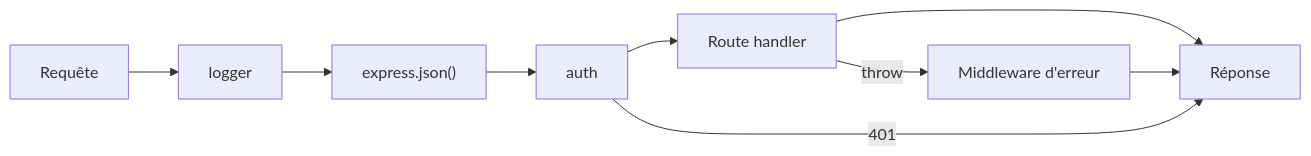
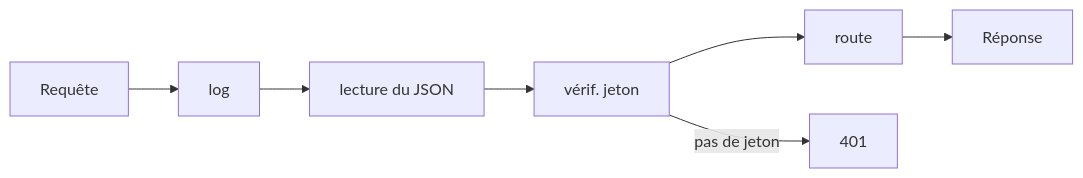
The diagram in 07-Frameworks/Backend/Node/NODE-02-Express-Middleware.md (galsen-76/Informatique-), drawn with Mermaid before and after one commit. The commit also changed other lines of this file and 19 other files, not shown here.

````diff
--- a/07-Frameworks/Backend/Node/NODE-02-Express-Middleware.md
+++ b/07-Frameworks/Backend/Node/NODE-02-Express-Middleware.md
@@ -75,6 +67,5 @@
 ```mermaid
 flowchart LR
-  R["Requête"] --> M1["logger"] --> M2["express.json()"] --> M3["auth"] --> H["Route handler"] --> Res["Réponse"]
-  M3 -->|"401"| Res
-  H -->|"throw"| E["Middleware d'erreur"] --> Res
+  R["Requête"] --> L["log"] --> J["lecture du JSON"] --> A["vérif. jeton"] --> H["route"] --> Rep["Réponse"]
+  A -- "pas de jeton" --> E["401"]
 ```
````
